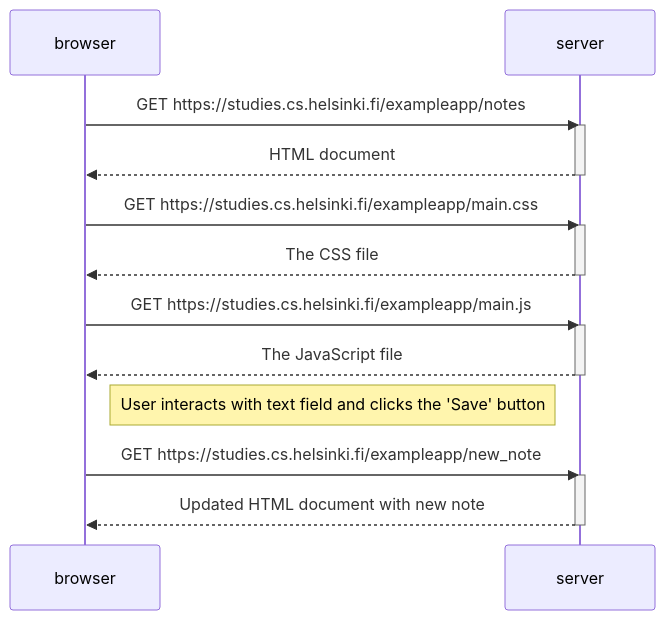
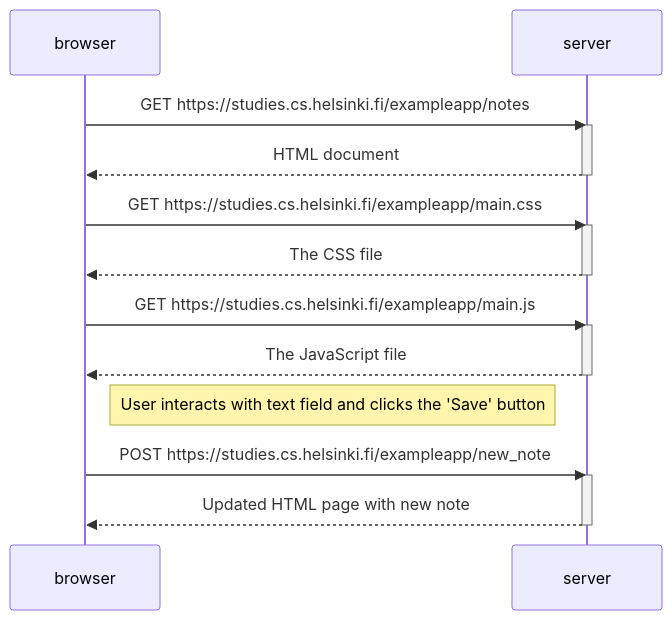
One commit to robynainsley21/fullstack-open changed the diagram in Exercise 0.4 (New note diagram).md. Above: the diagram before and after it, drawn with Mermaid. The commit also changed 1 other file, not shown here.

````diff
--- a/Exercise 0.4 (New note diagram).md
+++ b/Exercise 0.4 (New note diagram).md
@@ -1,27 +1,27 @@
 ```mermaid
 sequenceDiagram
     participant browser
     participant server
 
     browser->>server: GET https://studies.cs.helsinki.fi/exampleapp/notes
     activate server
     server-->>browser: HTML document
     deactivate server
 
     browser->>server: GET https://studies.cs.helsinki.fi/exampleapp/main.css
     activate server 
     server-->>browser: The CSS file
     deactivate server 
 
     browser->>server: GET https://studies.cs.helsinki.fi/exampleapp/main.js
     activate server
     server-->>browser: The JavaScript file
     deactivate server
 
     Note right of browser: User interacts with text field and clicks the 'Save' button 
 
-    browser->>server: GET https://studies.cs.helsinki.fi/exampleapp/new_note
+    browser->>server: POST https://studies.cs.helsinki.fi/exampleapp/new_note
     activate server
-    server-->>browser: Updated HTML document with new note
+    server-->>browser: Updated HTML page with new note
     deactivate server
 ```
````
